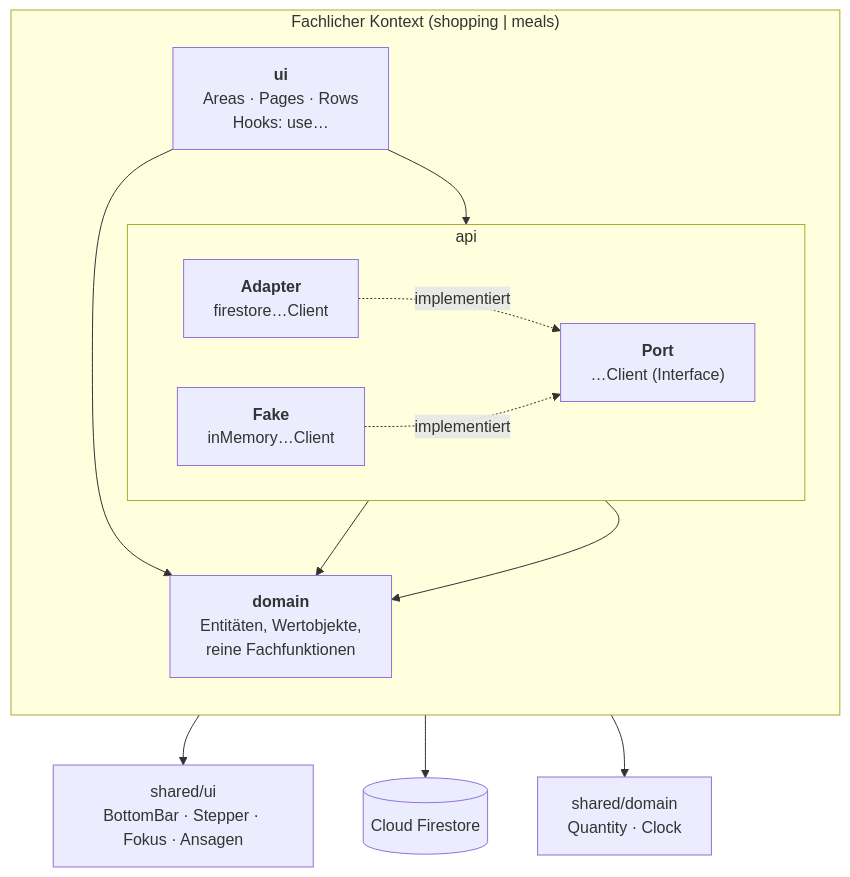
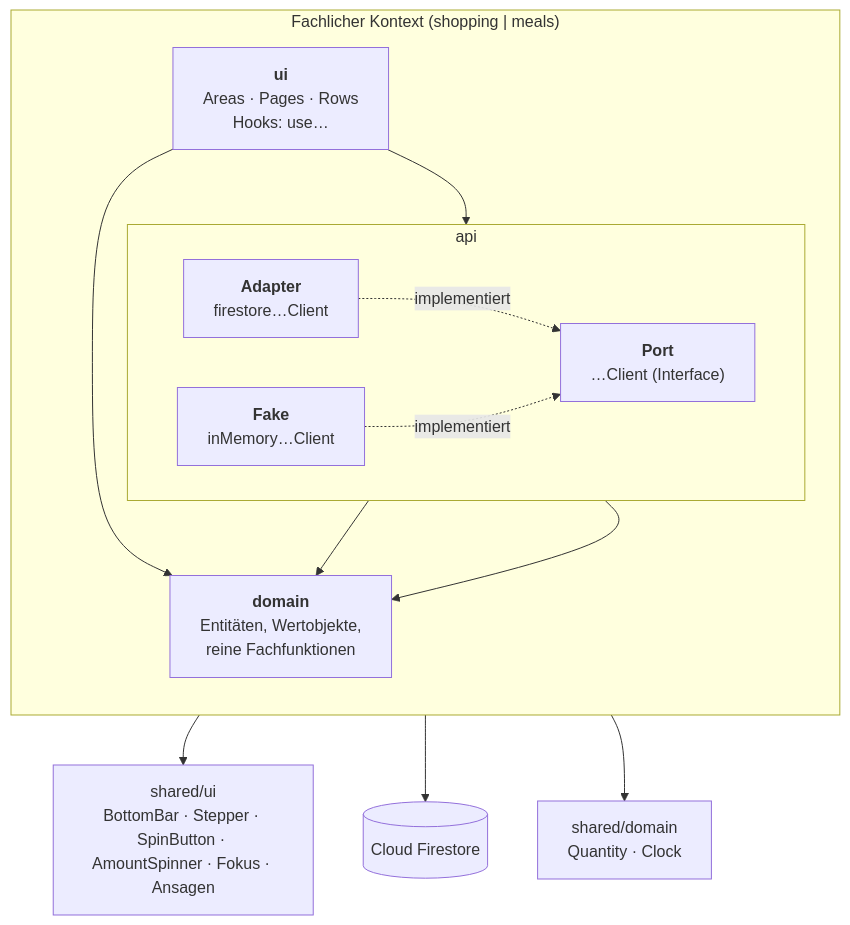
Before and after one commit to burnyWes/Mahlzeiten-Planer: the second of 5 diagrams in docs/architektur/05-bausteinsicht.md, drawn with Mermaid. The commit also changed other lines of this file and 13 other files, not shown here.

First line of the commit message:
MZP-040 > feat: step the count of a supply with a spin button

````diff
--- a/docs/architektur/05-bausteinsicht.md
+++ b/docs/architektur/05-bausteinsicht.md
@@ -73,30 +73,30 @@
 ```mermaid
 flowchart TB
     subgraph kontext["Fachlicher Kontext (shopping | meals)"]
         direction TB
         ui["<b>ui</b><br/>Areas · Pages · Rows<br/>Hooks: use…"]
 
         subgraph api["api"]
             direction LR
             port["<b>Port</b><br/>…Client (Interface)"]
             fsAdapter["<b>Adapter</b><br/>firestore…Client"]
             memAdapter["<b>Fake</b><br/>inMemory…Client"]
         end
 
         domain["<b>domain</b><br/>Entitäten, Wertobjekte,<br/>reine Fachfunktionen"]
     end
 
     sharedDomain["shared/domain<br/>Quantity · Clock"]
-    sharedUi["shared/ui<br/>BottomBar · Stepper · Fokus · Ansagen"]
+    sharedUi["shared/ui<br/>BottomBar · Stepper · SpinButton · AmountSpinner · Fokus · Ansagen"]
     firestore[("Cloud Firestore")]
 
     ui --> port
     ui --> domain
     ui --> sharedUi
     fsAdapter -. implementiert .-> port
     memAdapter -. implementiert .-> port
     port --> domain
     fsAdapter --> domain
     fsAdapter --> firestore
     domain --> sharedDomain
 ```
````
